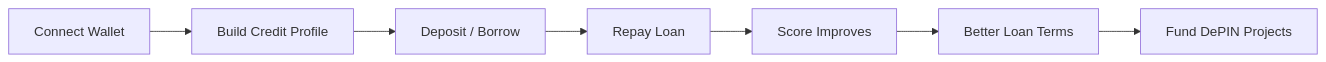
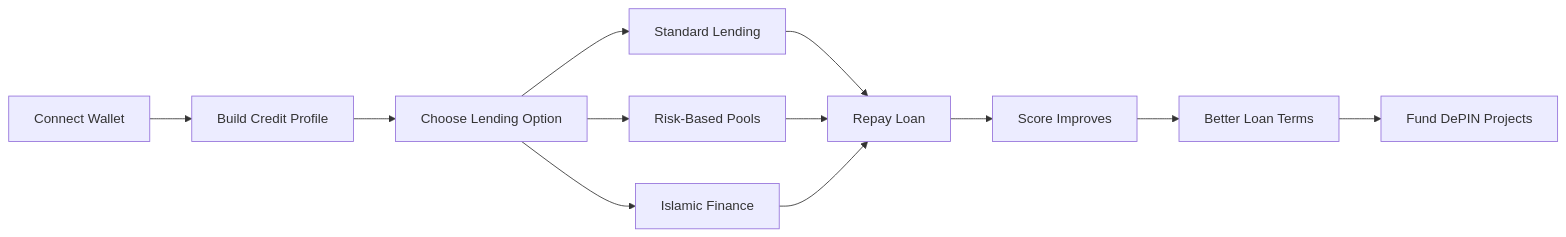
The first of 4 diagrams in README.md (Zakariasisu5/Mooncreditfi-sui-move), drawn with Mermaid before and after one commit. The commit also changed other lines of this file and 1 other file, not shown here.

````diff
--- a/README.md
+++ b/README.md
@@ -106,9 +150,14 @@
 ```mermaid
 flowchart LR
 A[Connect Wallet] --> B[Build Credit Profile]
-B --> C[Deposit / Borrow]
-C --> D[Repay Loan]
-D --> E[Score Improves]
-E --> F[Better Loan Terms]
-F --> G[Fund DePIN Projects]
+B --> C[Choose Lending Option]
+C --> D1[Standard Lending]
+C --> D2[Risk-Based Pools]
+C --> D3[Islamic Finance]
+D1 --> E[Repay Loan]
+D2 --> E
+D3 --> E
+E --> F[Score Improves]
+F --> G[Better Loan Terms]
+G --> H[Fund DePIN Projects]
 ```
````
